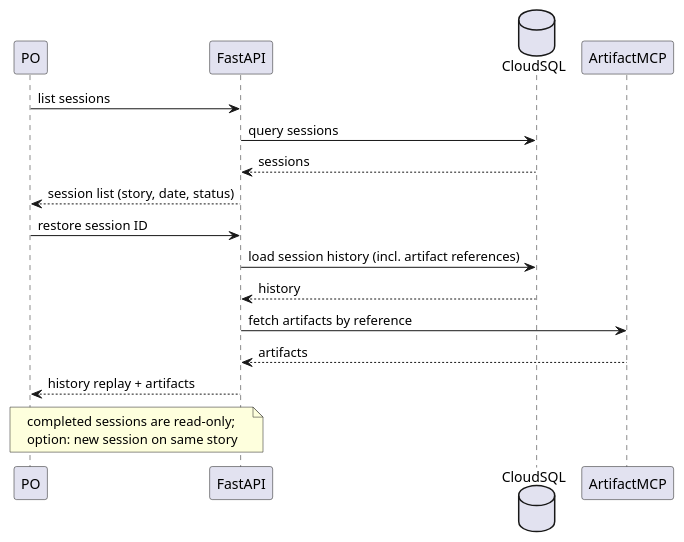
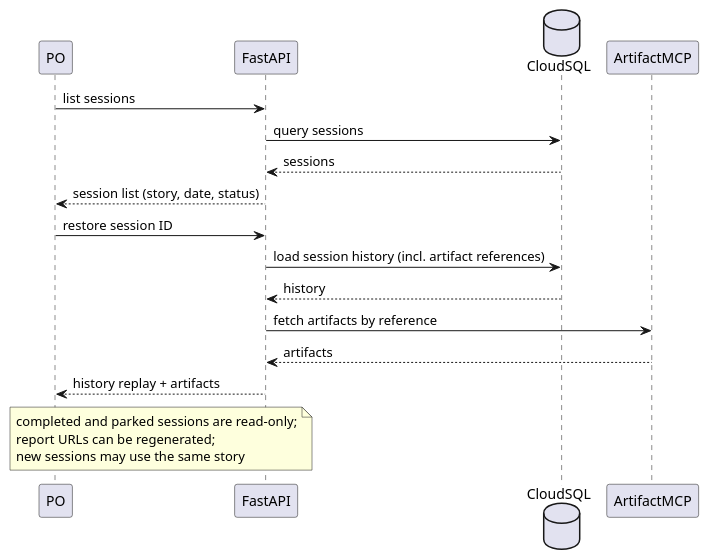
Before and after one commit to MMZ993/story-review: the diagram in docs/design/diagrams/flow4.puml, drawn with PlantUML. The commit also changed 9 other files, not shown here.

```diff
--- a/docs/design/diagrams/flow4.puml
+++ b/docs/design/diagrams/flow4.puml
@@ -1,20 +1,21 @@
 @startuml
 participant PO
 participant "FastAPI" as F
 database "CloudSQL" as C
 participant "ArtifactMCP" as A
 PO -> F: list sessions
 F -> C: query sessions
 C --> F: sessions
 F --> PO: session list (story, date, status)
 PO -> F: restore session ID
 F -> C: load session history (incl. artifact references)
 C --> F: history
 F -> A: fetch artifacts by reference
 A --> F: artifacts
 F --> PO: history replay + artifacts
 note over PO,F
-completed sessions are read-only;
-option: new session on same story
+completed and parked sessions are read-only;
+report URLs can be regenerated;
+new sessions may use the same story
 end note
 @enduml
```
